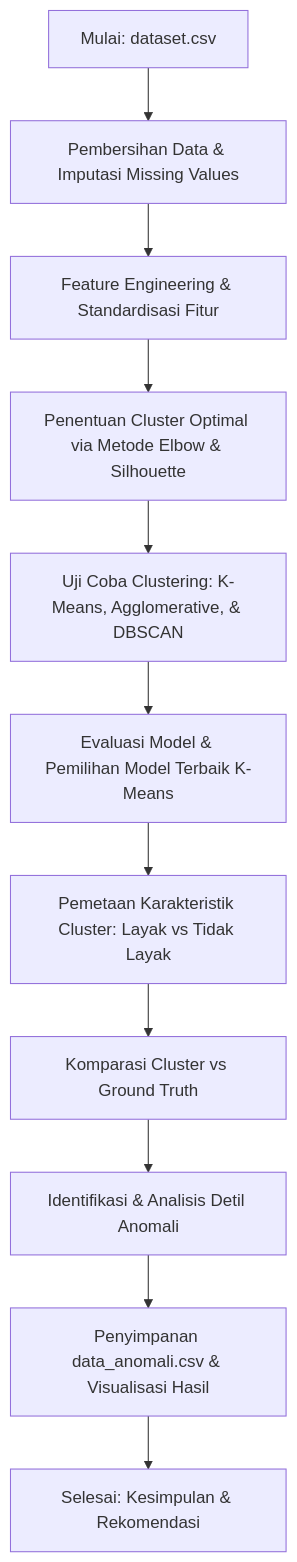
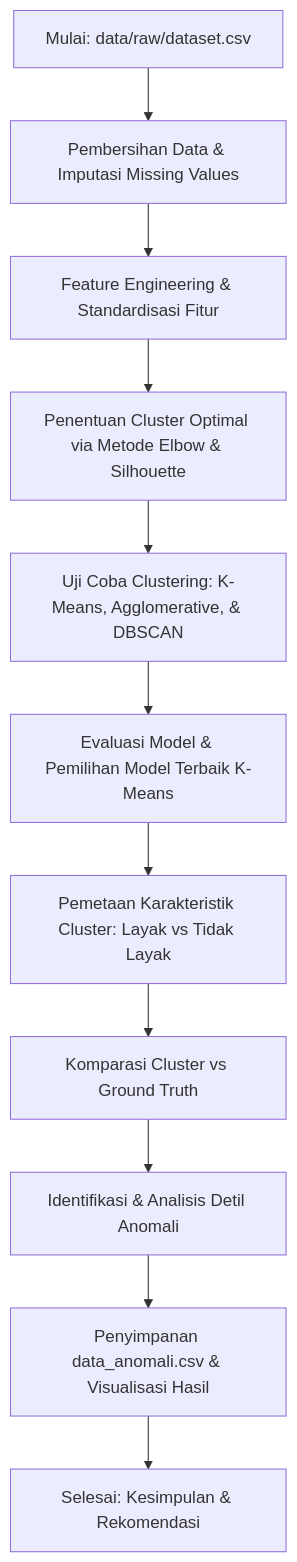
Before and after one commit to f0ursecond/TA-MachineLearning: the diagram in README.md, drawn with Mermaid. The commit also changed other lines of this file and 30 other files, not shown here.

````diff
--- a/README.md
+++ b/README.md
@@ -9,13 +12,13 @@
 ```mermaid
 graph TD
-    A[Mulai: dataset.csv] --> B[Pembersihan Data & Imputasi Missing Values]
+    A[Mulai: data/raw/dataset.csv] --> B[Pembersihan Data & Imputasi Missing Values]
     B --> C[Feature Engineering & Standardisasi Fitur]
     C --> D[Penentuan Cluster Optimal via Metode Elbow & Silhouette]
     D --> E[Uji Coba Clustering: K-Means, Agglomerative, & DBSCAN]
     E --> F[Evaluasi Model & Pemilihan Model Terbaik K-Means]
     F --> G[Pemetaan Karakteristik Cluster: Layak vs Tidak Layak]
     G --> H[Komparasi Cluster vs Ground Truth]
     H --> I[Identifikasi & Analisis Detil Anomali]
     I --> J[Penyimpanan data_anomali.csv & Visualisasi Hasil]
     J --> K[Selesai: Kesimpulan & Rekomendasi]
 ```
````
